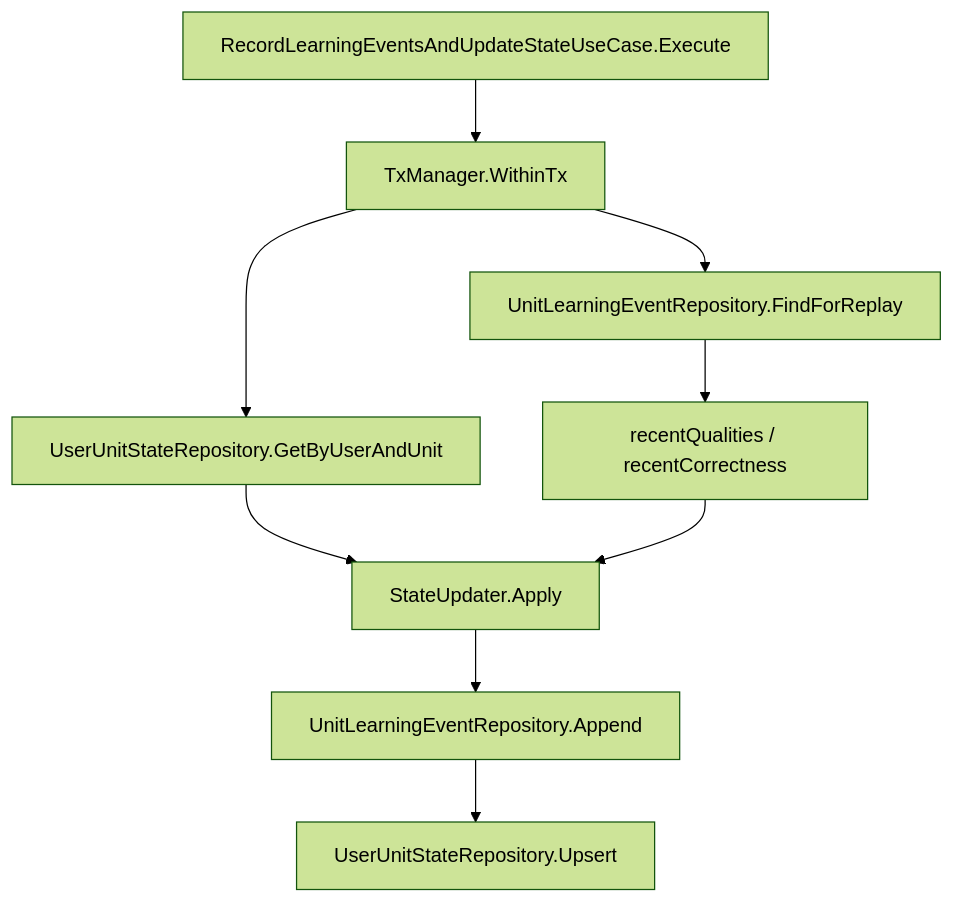
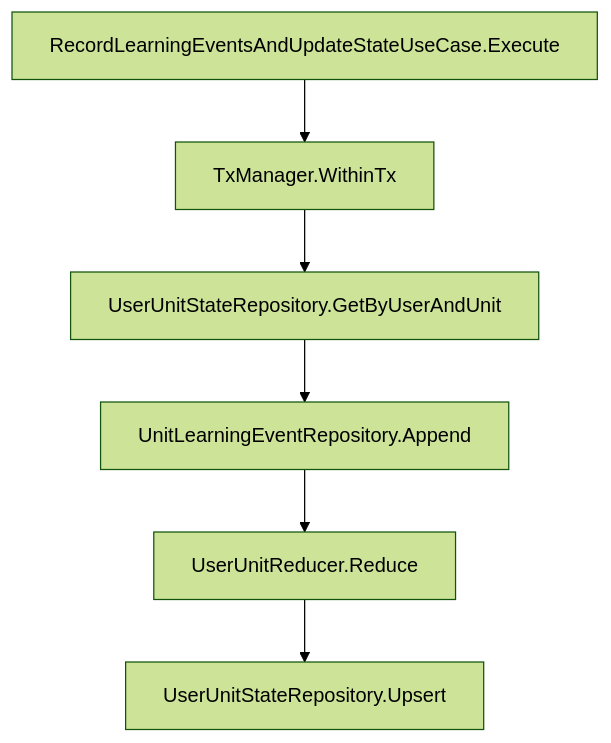
The second of 3 diagrams in internal/recommendation/scheduler/README.md (bionicotaku/learning-video-recommendation-system), drawn with Mermaid (forest theme) before and after one commit. The commit also changed other lines of this file and 32 other files, not shown here.

````diff
--- a/internal/recommendation/scheduler/README.md
+++ b/internal/recommendation/scheduler/README.md
@@ -403,11 +411,8 @@
 ```mermaid
 flowchart TD
     A["RecordLearningEventsAndUpdateStateUseCase.Execute"] --> B["TxManager.WithinTx"]
-    B --> C["UnitLearningEventRepository.FindForReplay"]
-    B --> D["UserUnitStateRepository.GetByUserAndUnit"]
-    C --> E["recentQualities / recentCorrectness"]
-    D --> F["StateUpdater.Apply"]
-    E --> F
-    F --> G["UnitLearningEventRepository.Append"]
-    G --> H["UserUnitStateRepository.Upsert"]
+    B --> C["UserUnitStateRepository.GetByUserAndUnit"]
+    C --> D["UnitLearningEventRepository.Append"]
+    D --> E["UserUnitReducer.Reduce"]
+    E --> F["UserUnitStateRepository.Upsert"]
 ```
````
